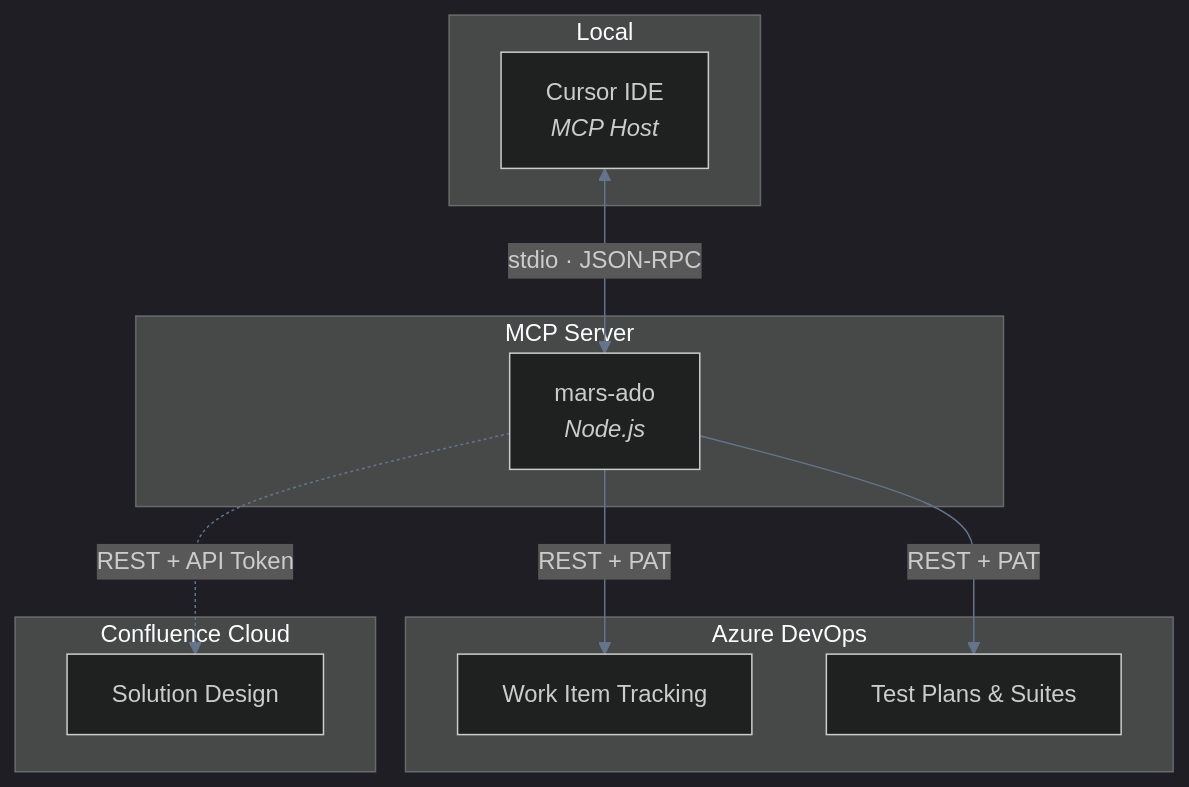
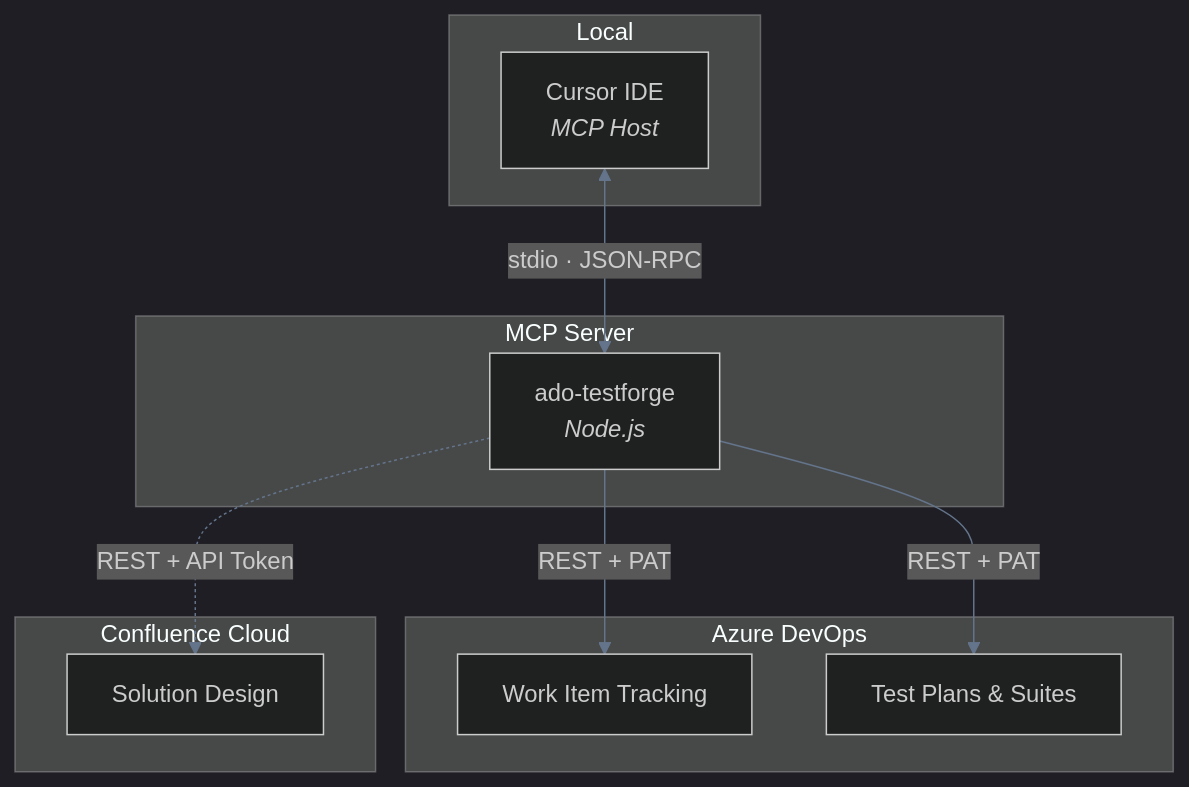
One commit to badgujar-kavita/ado-mcp-server changed the diagram in README.md. Above: the diagram before and after it, drawn with Mermaid. The commit also changed other lines of this file and 20 other files, not shown here.

First line of the commit message:
Rename MCP servers to ado-testforge / setup-ado-testforge

````diff
--- a/README.md
+++ b/README.md
@@ -30,25 +30,25 @@
 ```mermaid
 %%{init: {'theme':'dark', 'themeVariables': { 'primaryColor':'#1e3a5f', 'primaryTextColor':'#e2e8f0', 'primaryBorderColor':'#334155', 'lineColor':'#64748b', 'secondaryColor':'#0f172a', 'tertiaryColor':'#1e293b'}}}%%
 flowchart TB
     subgraph local["Local"]
         Cursor["Cursor IDE<br/><i>MCP Host</i>"]
     end
 
     subgraph mcp["MCP Server"]
-        Server["mars-ado<br/><i>Node.js</i>"]
+        Server["ado-testforge<br/><i>Node.js</i>"]
     end
 
     subgraph ado["Azure DevOps"]
         WIT["Work Item Tracking"]
         TP["Test Plans & Suites"]
     end
 
     subgraph confluence["Confluence Cloud"]
         SD["Solution Design"]
     end
 
     Cursor <-->|"stdio · JSON-RPC"| Server
     Server -->|"REST + PAT"| WIT
     Server -->|"REST + PAT"| TP
     Server -.->|"REST + API Token"| SD
 ```
````
